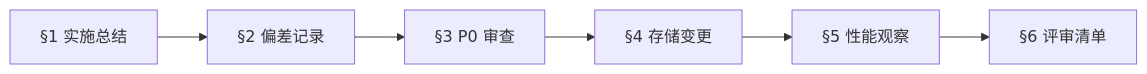
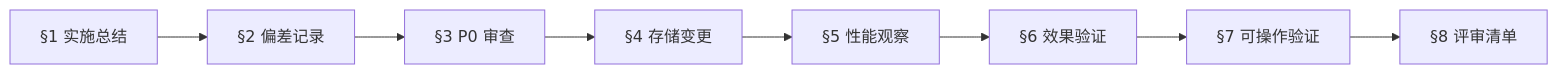
One commit to effiy/YrY changed the ninth of 15 diagrams in skills/rui/formulas.md. Above: the diagram before and after it, drawn with Mermaid. The commit also changed other lines of this file and 1 other file, not shown here.

````diff
--- a/skills/rui/formulas.md
+++ b/skills/rui/formulas.md
@@ -450,8 +487,10 @@
 ```mermaid
 flowchart LR
     S1["§1 实施总结"] --> S2["§2 偏差记录"]
     S2 --> S3["§3 P0 审查"]
     S3 --> S4["§4 存储变更"]
     S4 --> S5["§5 性能观察"]
-    S5 --> S6["§6 评审清单"]
+    S5 --> S6["§6 效果验证"]
+    S6 --> S7["§7 可操作验证"]
+    S7 --> S8["§8 评审清单"]
 ```
````
